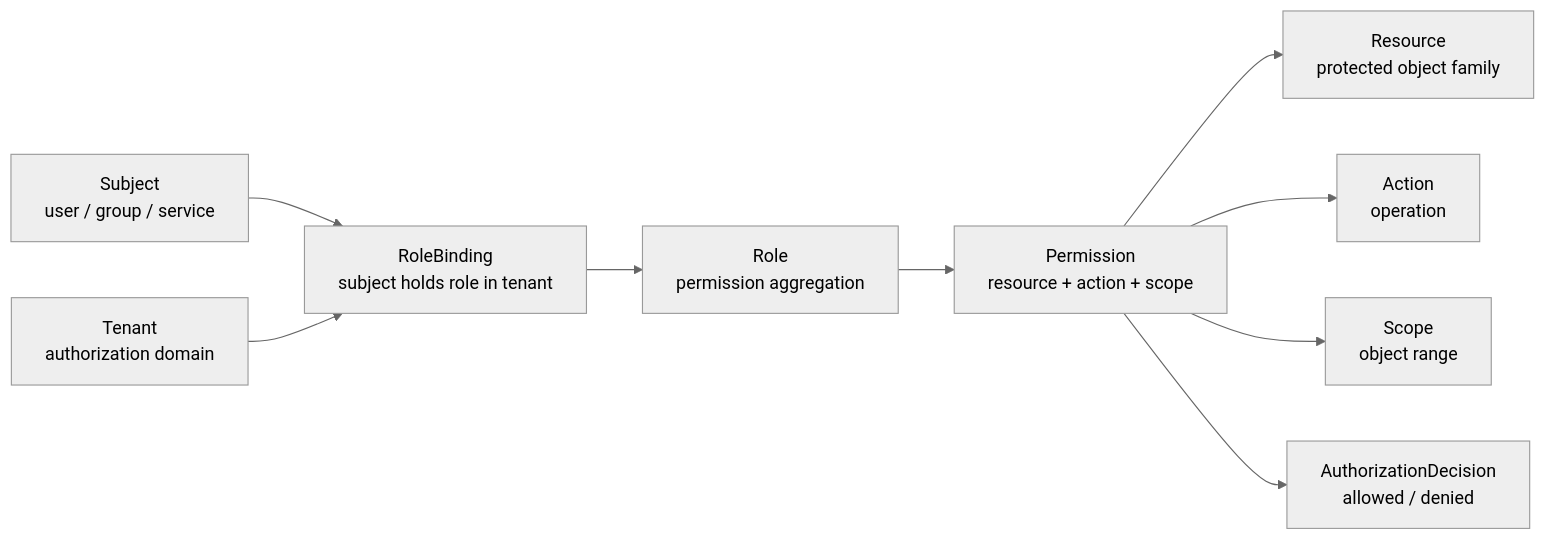
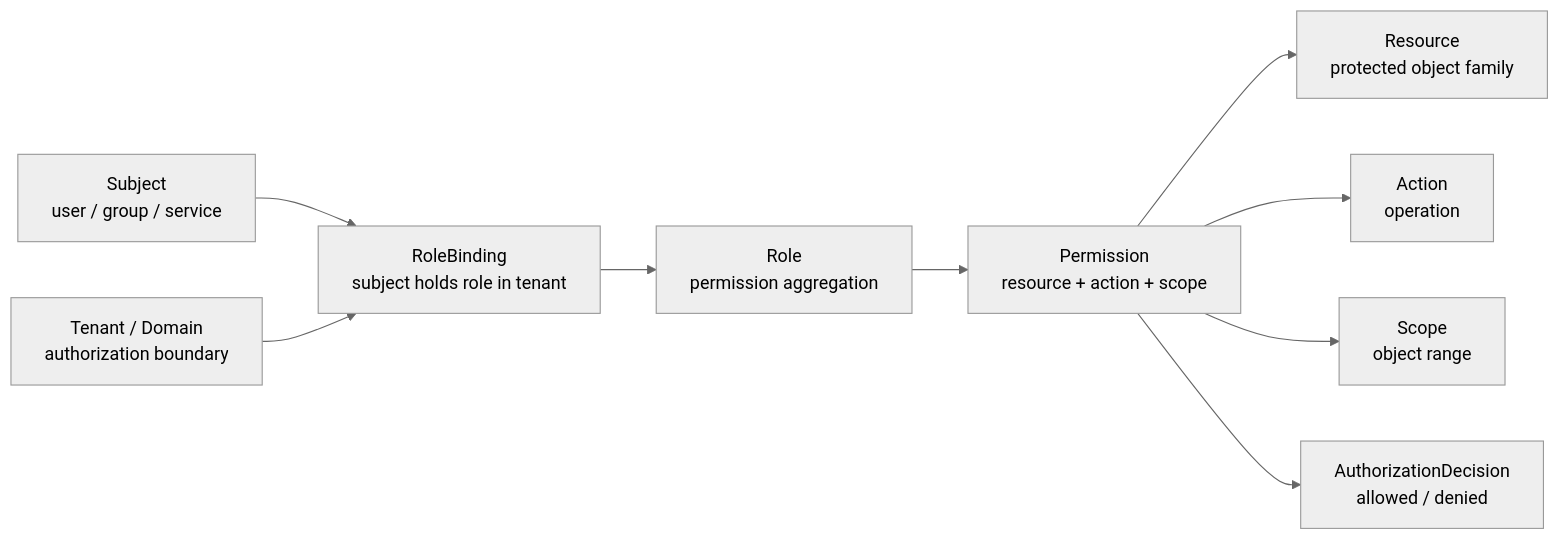
One commit to FangcunMount/iam changed the diagram in docs/03-授权AuthZ/00-AuthZ模型总览-Subject-Role-Resource-Permission-RoleBinding.md. Above: the diagram before and after it, drawn with Mermaid (neutral theme). The commit also changed other lines of this file and 14 other files, not shown here.

````diff
--- a/docs/03-授权AuthZ/00-AuthZ模型总览-Subject-Role-Resource-Permission-RoleBinding.md
+++ b/docs/03-授权AuthZ/00-AuthZ模型总览-Subject-Role-Resource-Permission-RoleBinding.md
@@ -152,21 +143,21 @@
 ```mermaid
 flowchart LR
     Subject["Subject<br/>user / group / service"]
-    Tenant["Tenant<br/>authorization domain"]
+    Tenant["Tenant / Domain<br/>authorization boundary"]
     RoleBinding["RoleBinding<br/>subject holds role in tenant"]
     Role["Role<br/>permission aggregation"]
     Permission["Permission<br/>resource + action + scope"]
     Resource["Resource<br/>protected object family"]
     Action["Action<br/>operation"]
     Scope["Scope<br/>object range"]
     Decision["AuthorizationDecision<br/>allowed / denied"]
 
     Subject --> RoleBinding
     Tenant --> RoleBinding
     RoleBinding --> Role
     Role --> Permission
     Permission --> Resource
     Permission --> Action
     Permission --> Scope
     Permission --> Decision
 ```
````
